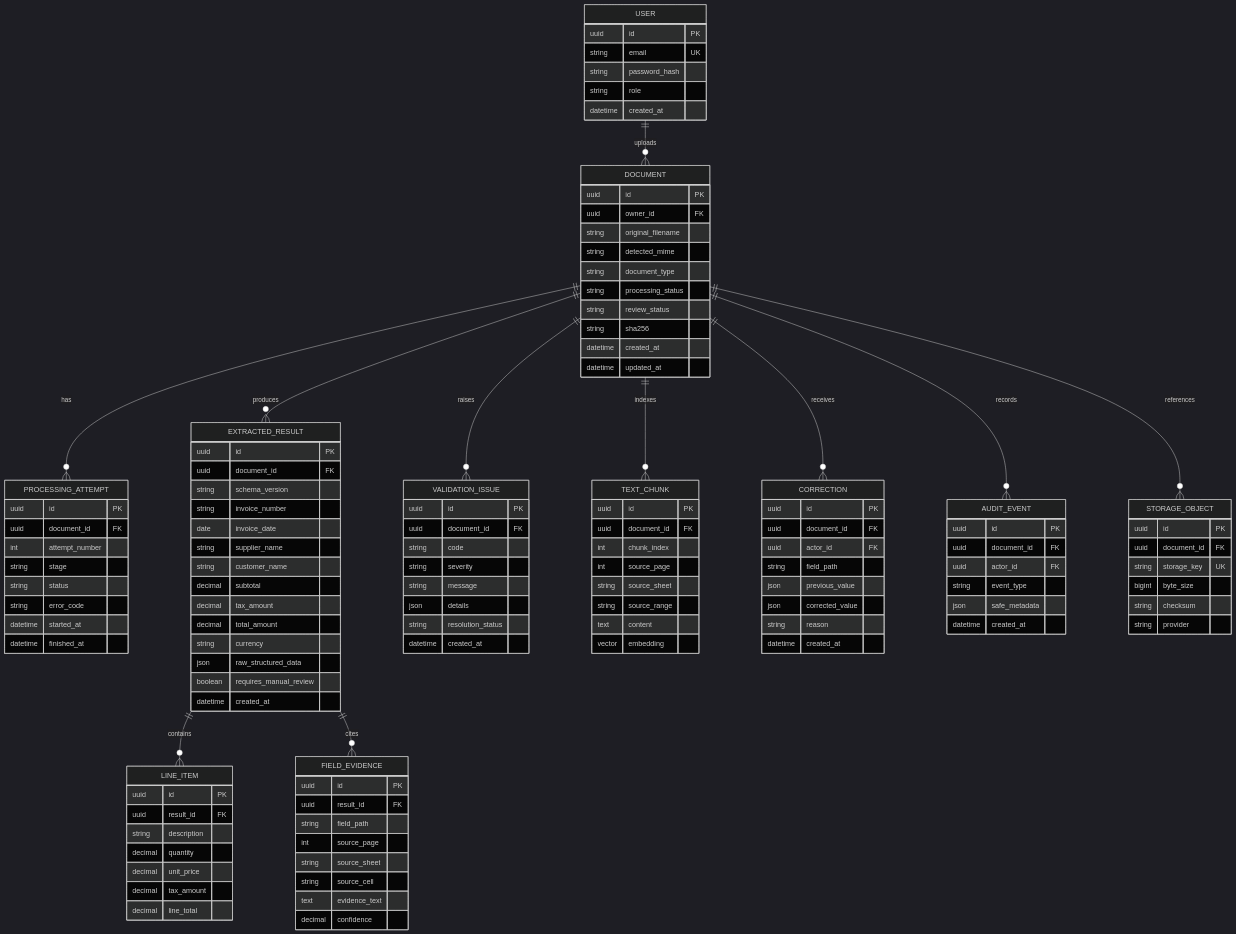
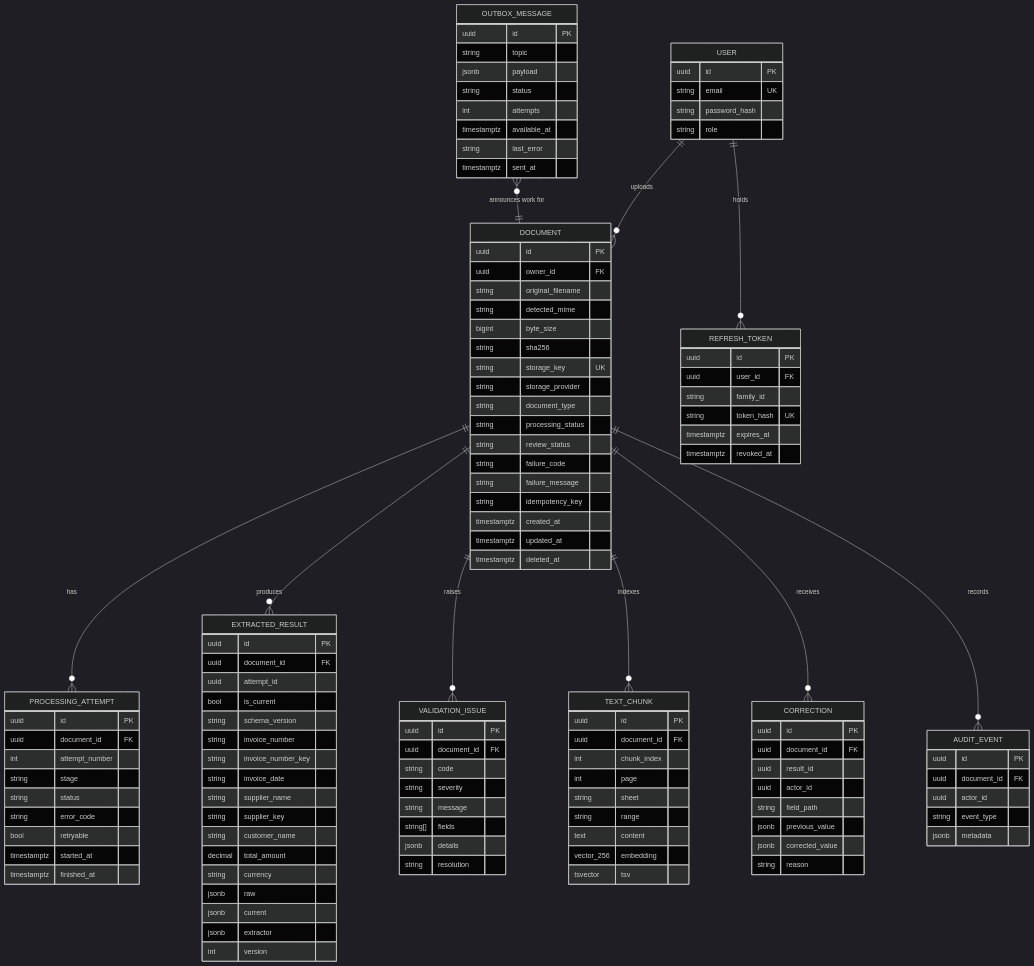
The diagram in docs/database-schema.md (rjporosh/SeniorAiEngineerTaskCareGuide), drawn with Mermaid (dark theme) before and after one commit. The commit also changed other lines of this file and 9 other files, not shown here.

First line of the commit message:
docs: add architecture, API, security, operations, testing guides and CI pipeline

````diff
--- a/docs/database-schema.md
+++ b/docs/database-schema.md
@@ -5,124 +5,31 @@
 ```mermaid
 erDiagram
     USER ||--o{ DOCUMENT : uploads
+    USER ||--o{ REFRESH_TOKEN : holds
     DOCUMENT ||--o{ PROCESSING_ATTEMPT : has
     DOCUMENT ||--o{ EXTRACTED_RESULT : produces
-    EXTRACTED_RESULT ||--o{ LINE_ITEM : contains
-    EXTRACTED_RESULT ||--o{ FIELD_EVIDENCE : cites
     DOCUMENT ||--o{ VALIDATION_ISSUE : raises
     DOCUMENT ||--o{ TEXT_CHUNK : indexes
     DOCUMENT ||--o{ CORRECTION : receives
     DOCUMENT ||--o{ AUDIT_EVENT : records
-    DOCUMENT ||--o{ STORAGE_OBJECT : references
+    OUTBOX_MESSAGE }o--|| DOCUMENT : "announces work for"
 
-    USER {
-      uuid id PK
-      string email UK
-      string password_hash
-      string role
-      datetime created_at
+    USER { uuid id PK  string email UK  string password_hash  string role }
+    REFRESH_TOKEN { uuid id PK  uuid user_id FK  string family_id  string token_hash UK  timestamptz expires_at  timestamptz revoked_at }
+    DOCUMENT {
+      uuid id PK  uuid owner_id FK  string original_filename  string detected_mime  bigint byte_size  string sha256
+      string storage_key UK  string storage_provider  string document_type  string processing_status  string review_status
+      string failure_code  string failure_message  string idempotency_key  timestamptz created_at  timestamptz updated_at  timestamptz deleted_at
     }
-    DOCUMENT {
-      uuid id PK
-      uuid owner_id FK
-      string original_filename
-      string detected_mime
-      string document_type
-      string processing_status
-      string review_status
-      string sha256
-      datetime created_at
-      datetime updated_at
+    PROCESSING_ATTEMPT { uuid id PK  uuid document_id FK  int attempt_number  string stage  string status  string error_code  bool retryable  timestamptz started_at  timestamptz finished_at }
+    EXTRACTED_RESULT {
+      uuid id PK  uuid document_id FK  uuid attempt_id  bool is_current  string schema_version
+      string invoice_number  string invoice_number_key  string invoice_date  string supplier_name  string supplier_key  string customer_name
+      decimal total_amount  string currency  jsonb raw  jsonb current  jsonb extractor  int version
     }
-    STORAGE_OBJECT {
-      uuid id PK
-      uuid document_id FK
-      string storage_key UK
-      bigint byte_size
-      string checksum
-      string provider
-    }
-    PROCESSING_ATTEMPT {
-      uuid id PK
-      uuid document_id FK
-      int attempt_number
-      string stage
-      string status
-      string error_code
-      datetime started_at
-      datetime finished_at
-    }
-    EXTRACTED_RESULT {
-      uuid id PK
-      uuid document_id FK
-      string schema_version
-      string invoice_number
-      date invoice_date
-      string supplier_name
-      string customer_name
-      decimal subtotal
-      decimal tax_amount
-      decimal total_amount
-      string currency
-      json raw_structured_data
-      boolean requires_manual_review
-      datetime created_at
-    }
-    LINE_ITEM {
-      uuid id PK
-      uuid result_id FK
-      string description
-      decimal quantity
-      decimal unit_price
-      decimal tax_amount
-      decimal line_total
-    }
-    FIELD_EVIDENCE {
-      uuid id PK
-      uuid result_id FK
-      string field_path
-      int source_page
-      string source_sheet
-      string source_cell
-      text evidence_text
-      decimal confidence
-    }
-    VALIDATION_ISSUE {
-      uuid id PK
-      uuid document_id FK
-      string code
-      string severity
-      string message
-      json details
-      string resolution_status
-      datetime created_at
-    }
-    TEXT_CHUNK {
-      uuid id PK
-      uuid document_id FK
-      int chunk_index
-      int source_page
-      string source_sheet
-      string source_range
-      text content
-      vector embedding
-    }
-    CORRECTION {
-      uuid id PK
-      uuid document_id FK
-      uuid actor_id FK
-      string field_path
-      json previous_value
-      json corrected_value
-      string reason
-      datetime created_at
-    }
-    AUDIT_EVENT {
-      uuid id PK
-      uuid document_id FK
-      uuid actor_id FK
-      string event_type
-      json safe_metadata
-      datetime created_at
-    }
+    VALIDATION_ISSUE { uuid id PK  uuid document_id FK  string code  string severity  string message  string[] fields  jsonb details  string resolution }
+    TEXT_CHUNK { uuid id PK  uuid document_id FK  int chunk_index  int page  string sheet  string range  text content  vector_256 embedding  tsvector tsv }
+    CORRECTION { uuid id PK  uuid document_id FK  uuid result_id  uuid actor_id  string field_path  jsonb previous_value  jsonb corrected_value  string reason }
+    AUDIT_EVENT { uuid id PK  uuid document_id FK  uuid actor_id  string event_type  jsonb metadata }
+    OUTBOX_MESSAGE { uuid id PK  string topic  jsonb payload  string status  int attempts  timestamptz available_at  string last_error  timestamptz sent_at }
 ```
````
